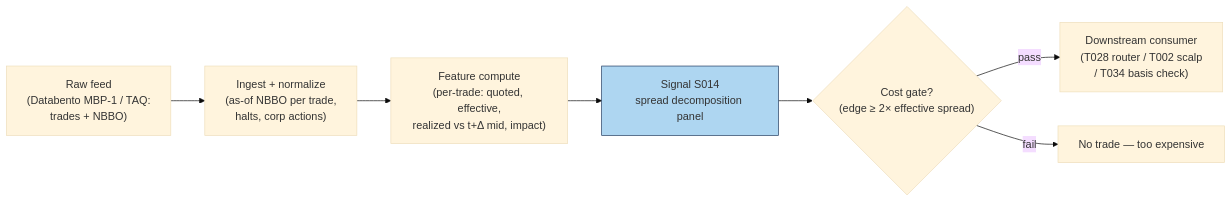
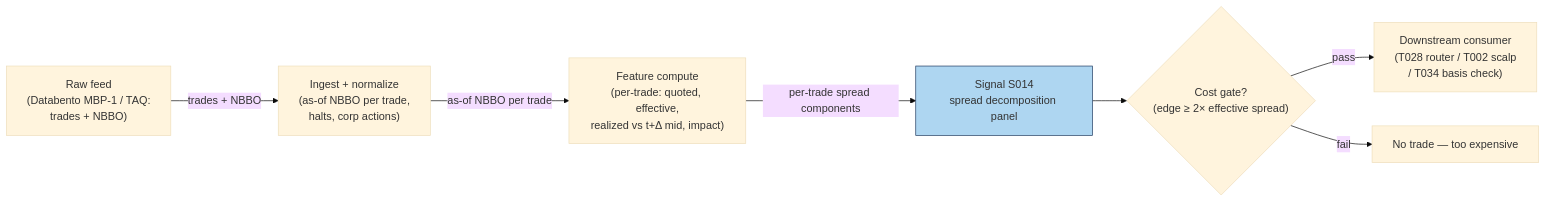
One commit to praveenguptahcl/quant-signals-deep changed the diagram in batches/SB1/S014.md. Above: the diagram before and after it, drawn with Mermaid (base theme). The commit also changed other lines of this file and 367 other files, not shown here.

````diff
--- a/batches/SB1/S014.md
+++ b/batches/SB1/S014.md
@@ -272,10 +275,10 @@
 ```mermaid
 flowchart LR
-    FEED["Raw feed\n(Databento MBP-1 / TAQ:\ntrades + NBBO)"] --> ING["Ingest + normalize\n(as-of NBBO per trade,\nhalts, corp actions)"]
-    ING --> FEAT["Feature compute\n(per-trade: quoted, effective,\nrealized vs t+Δ mid, impact)"]
-    FEAT --> SIG["Signal S014\nspread decomposition panel"]
+    FEED["Raw feed\n(Databento MBP-1 / TAQ:\ntrades + NBBO)"] -->|trades + NBBO| ING["Ingest + normalize\n(as-of NBBO per trade,\nhalts, corp actions)"]
+    ING -->|as-of NBBO per trade| FEAT["Feature compute\n(per-trade: quoted, effective,\nrealized vs t+Δ mid, impact)"]
+    FEAT -->|per-trade spread components| SIG["Signal S014\nspread decomposition panel"]
     SIG --> GATE{"Cost gate?\n(edge ≥ 2× effective spread)"}
     GATE -->|pass| OUT["Downstream consumer\n(T028 router / T002 scalp\n/ T034 basis check)"]
     GATE -->|fail| DROP["No trade — too expensive"]
     style SIG fill:#aed6f1,stroke:#1f3a5f
 ```
````
